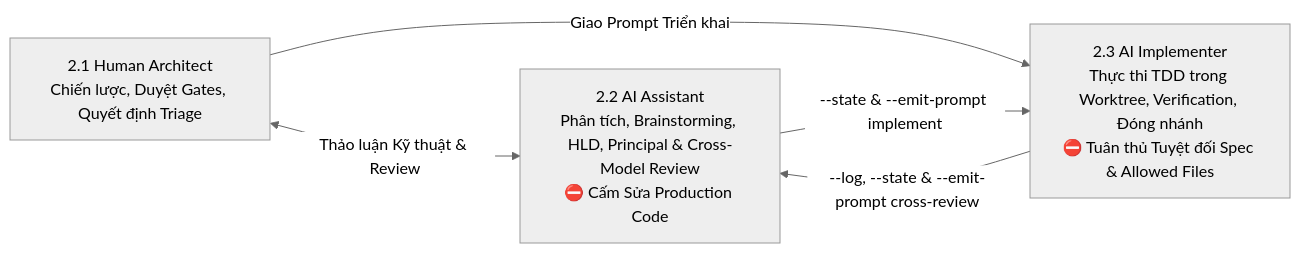
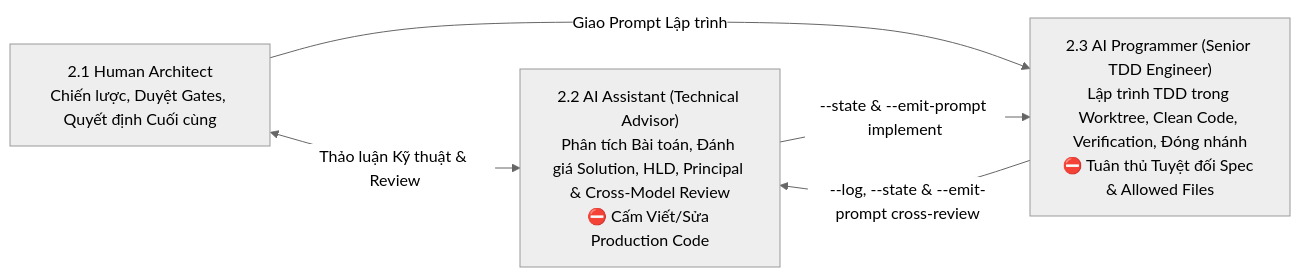
The second of 2 diagrams in docs/superpowers/specs/2026-10-30-context-memory-management-design.vi.md (DanhDue/ai-agent-tools), drawn with Mermaid (neutral theme) before and after one commit. The commit also changed other lines of this file and 1 other file, not shown here.

First line of the commit message:
[CONTEXT_MEMORY_MANAGEMENT] Refine Role 2.3 persona to AI Programmer

````diff
--- a/docs/superpowers/specs/2026-10-30-context-memory-management-design.vi.md
+++ b/docs/superpowers/specs/2026-10-30-context-memory-management-design.vi.md
@@ -156,11 +157,11 @@
 ```mermaid
 flowchart LR
-    H["2.1 Human Architect<br/>Chiến lược, Duyệt Gates, Quyết định Triage"]
-    A["2.2 AI Assistant<br/>Phân tích, Brainstorming, HLD, Principal &amp; Cross-Model Review<br/>⛔ Cấm Sửa Production Code"]
-    I["2.3 AI Implementer<br/>Thực thi TDD trong Worktree, Verification, Đóng nhánh<br/>⛔ Tuân thủ Tuyệt đối Spec &amp; Allowed Files"]
+    H["2.1 Human Architect<br/>Chiến lược, Duyệt Gates, Quyết định Cuối cùng"]
+    A["2.2 AI Assistant (Technical Advisor)<br/>Phân tích Bài toán, Đánh giá Solution, HLD, Principal &amp; Cross-Model Review<br/>⛔ Cấm Viết/Sửa Production Code"]
+    P["2.3 AI Programmer (Senior TDD Engineer)<br/>Lập trình TDD trong Worktree, Clean Code, Verification, Đóng nhánh<br/>⛔ Tuân thủ Tuyệt đối Spec &amp; Allowed Files"]
 
     H <-->|"Thảo luận Kỹ thuật &amp; Review"| A
-    H -->|"Giao Prompt Triển khai"| I
-    A -->|"--state &amp; --emit-prompt implement"| I
-    I -->|"--log, --state &amp; --emit-prompt cross-review"| A
+    H -->|"Giao Prompt Lập trình"| P
+    A -->|"--state &amp; --emit-prompt implement"| P
+    P -->|"--log, --state &amp; --emit-prompt cross-review"| A
 ```
````
